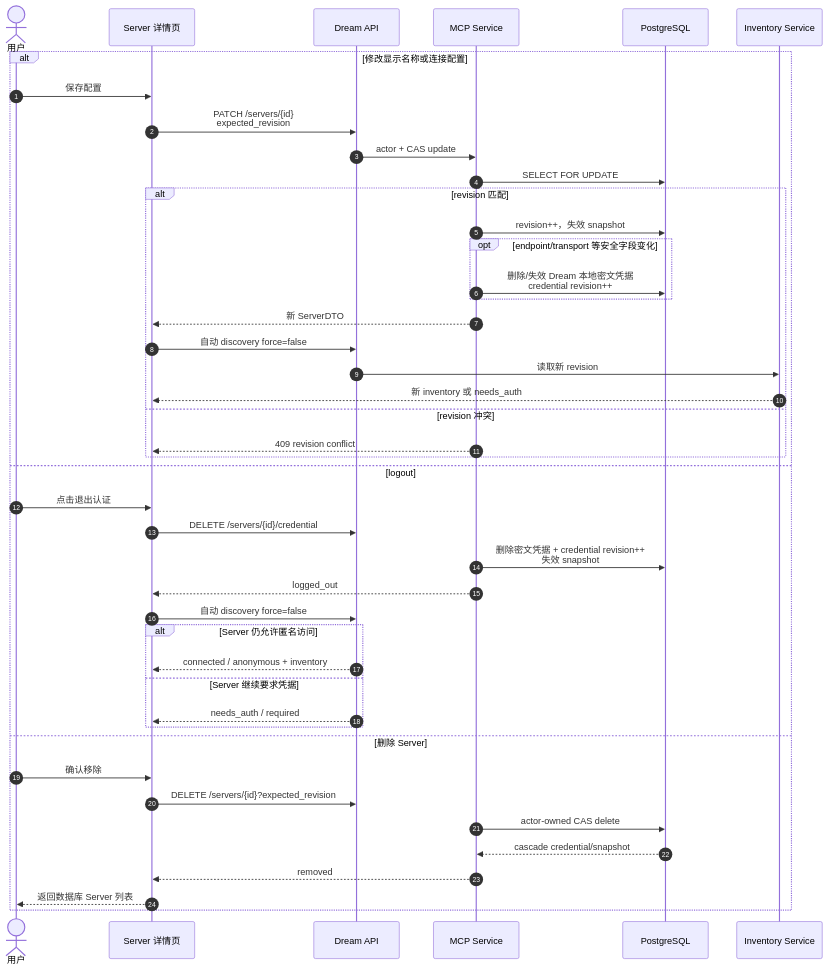
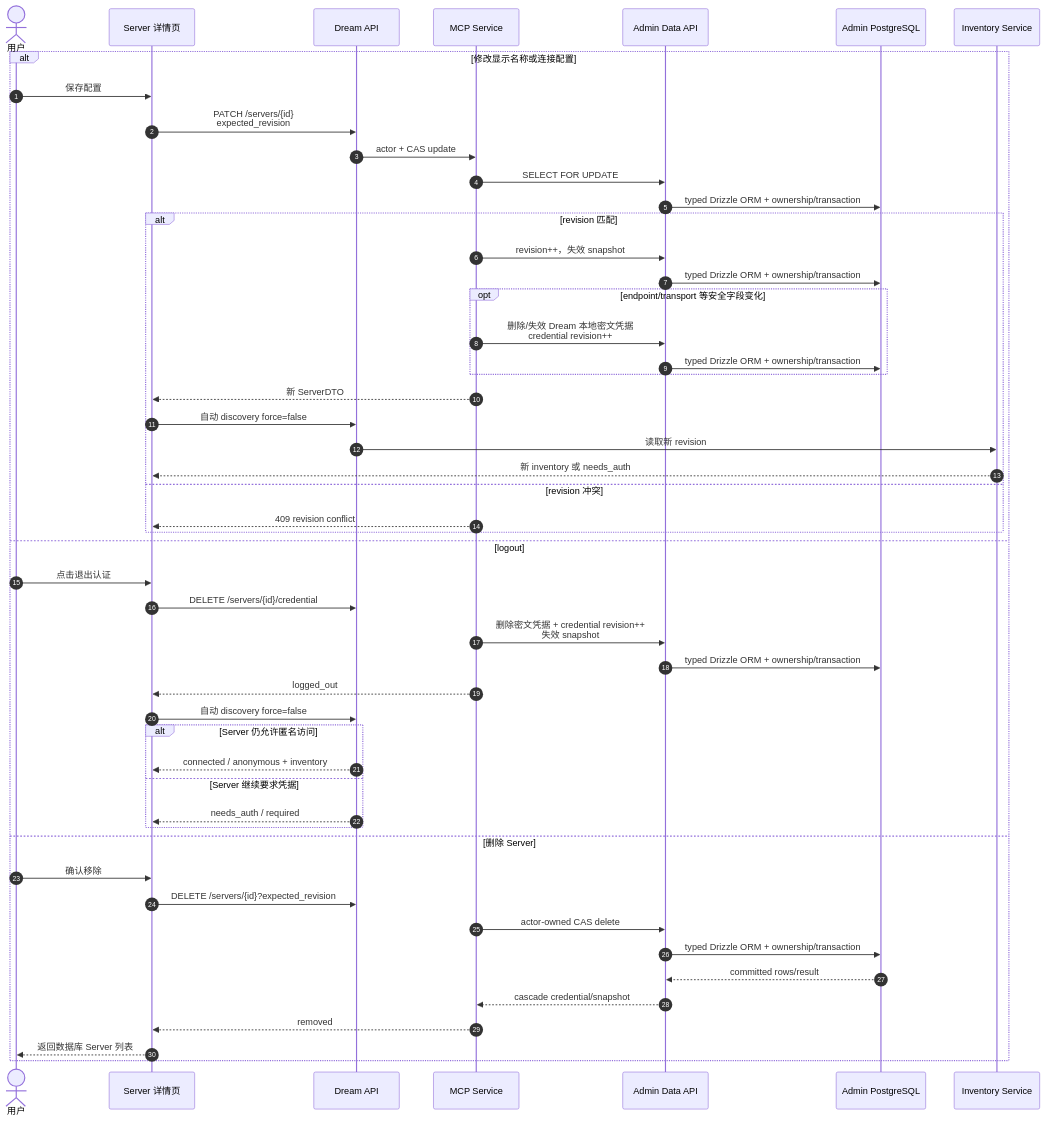
The sixth of 10 diagrams in docs/design/claude-agent/dream-managed-mcp-business-sequences.md (glide-the/im-dream), drawn with Mermaid before and after one commit. The commit also changed other lines of this file and 30 other files, not shown here.

```diff
--- a/docs/design/claude-agent/dream-managed-mcp-business-sequences.md
+++ b/docs/design/claude-agent/dream-managed-mcp-business-sequences.md
@@ -233,47 +255,54 @@
 ~~~mermaid
 sequenceDiagram
     autonumber
     actor U as 用户
     participant UI as Server 详情页
     participant API as Dream API
     participant S as MCP Service
-    participant DB as PostgreSQL
+    participant Admin as Admin Data API
+    participant DB as Admin PostgreSQL
     participant D as Inventory Service
 
     alt 修改显示名称或连接配置
         U->>UI: 保存配置
         UI->>API: PATCH /servers/{id}<br/>expected_revision
         API->>S: actor + CAS update
-        S->>DB: SELECT FOR UPDATE
+        S->>Admin: SELECT FOR UPDATE
+        Admin->>DB: typed Drizzle ORM + ownership/transaction
         alt revision 匹配
-            S->>DB: revision++，失效 snapshot
+            S->>Admin: revision++，失效 snapshot
+            Admin->>DB: typed Drizzle ORM + ownership/transaction
             opt endpoint/transport 等安全字段变化
-                S->>DB: 删除/失效 Dream 本地密文凭据<br/>credential revision++
+                S->>Admin: 删除/失效 Dream 本地密文凭据<br/>credential revision++
+                Admin->>DB: typed Drizzle ORM + ownership/transaction
             end
             S-->>UI: 新 ServerDTO
             UI->>API: 自动 discovery force=false
             API->>D: 读取新 revision
             D-->>UI: 新 inventory 或 needs_auth
         else revision 冲突
             S-->>UI: 409 revision conflict
         end
     else logout
         U->>UI: 点击退出认证
         UI->>API: DELETE /servers/{id}/credential
-        S->>DB: 删除密文凭据 + credential revision++<br/>失效 snapshot
+        S->>Admin: 删除密文凭据 + credential revision++<br/>失效 snapshot
+        Admin->>DB: typed Drizzle ORM + ownership/transaction
         S-->>UI: logged_out
         UI->>API: 自动 discovery force=false
         alt Server 仍允许匿名访问
             API-->>UI: connected / anonymous + inventory
         else Server 继续要求凭据
             API-->>UI: needs_auth / required
         end
     else 删除 Server
         U->>UI: 确认移除
         UI->>API: DELETE /servers/{id}?expected_revision
-        S->>DB: actor-owned CAS delete
-        DB-->>S: cascade credential/snapshot
+        S->>Admin: actor-owned CAS delete
+        Admin->>DB: typed Drizzle ORM + ownership/transaction
+        DB-->>Admin: committed rows/result
+        Admin-->>S: cascade credential/snapshot
         S-->>UI: removed
         UI-->>U: 返回数据库 Server 列表
     end
 ~~~
```
